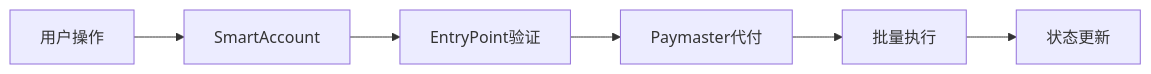
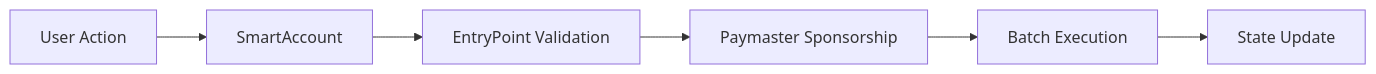
The third of 4 diagrams in README.md (Wenbobobo/WhisperFi), drawn with Mermaid before and after one commit. The commit also changed other lines of this file and 1 other file, not shown here.

Commit message:
feat: Add Chinese documentation, including system architecture, core functionalities, and economic structure design.

````diff
--- a/README.md
+++ b/README.md
@@ -100,8 +107,8 @@
 ```mermaid
 graph LR
-    A[用户操作] --> B[SmartAccount]
-    B --> C[EntryPoint验证]
-    C --> D[Paymaster代付]
-    D --> E[批量执行]
-    E --> F[状态更新]
+    A[User Action] --> B[SmartAccount]
+    B --> C[EntryPoint Validation]
+    C --> D[Paymaster Sponsorship]
+    D --> E[Batch Execution]
+    E --> F[State Update]
 ```
````
